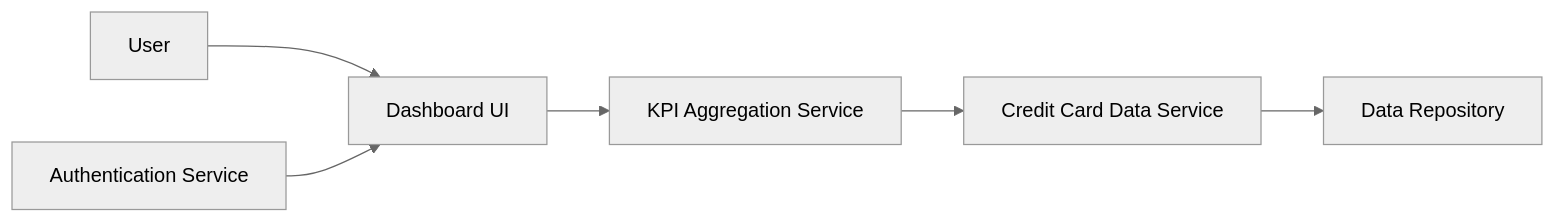
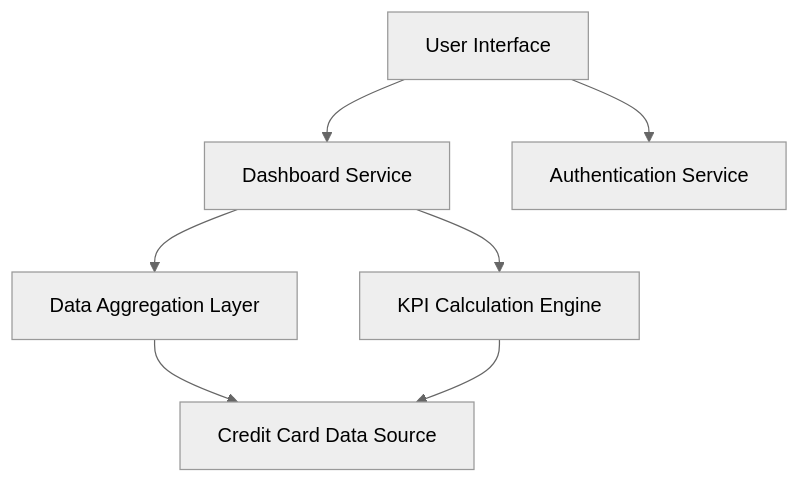
The diagram in HLD/QE-7738_HLD.md (AAVA-Demo/APB_Demo), drawn with Mermaid (neutral theme) before and after one commit. The commit also changed other lines of this file and 5 other files, not shown here.

````diff
--- a/HLD/QE-7738_HLD.md
+++ b/HLD/QE-7738_HLD.md
@@ -7,14 +7,15 @@
 ```mermaid
-flowchart LR
-    A["User"]
-    B["Dashboard UI"]
-    C["KPI Aggregation Service"]
-    D["Credit Card Data Service"]
+flowchart TD
+    A["User Interface"]
+    B["Dashboard Service"]
+    C["KPI Calculation Engine"]
+    D["Credit Card Data Source"]
     E["Authentication Service"]
-    F["Data Repository"]
+    F["Data Aggregation Layer"]
     A --> B
     B --> C
+    B --> F
+    F --> D
+    A --> E
     C --> D
-    D --> F
-    E --> B
 ```
````
